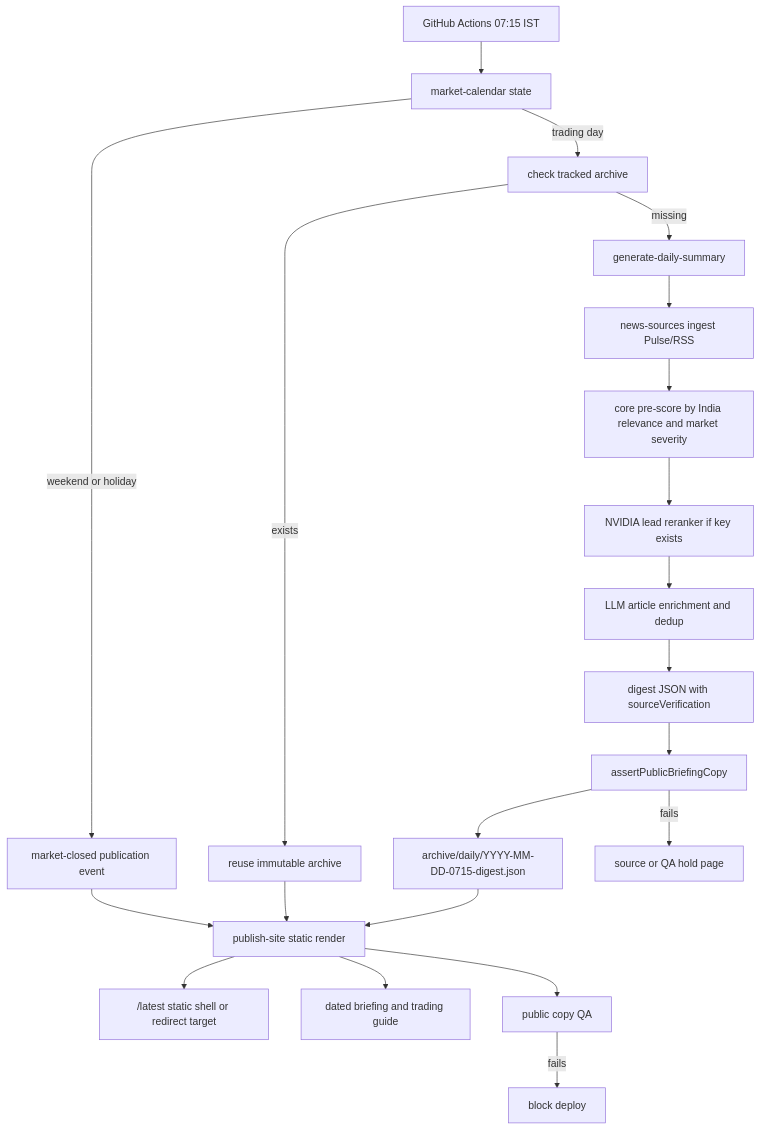
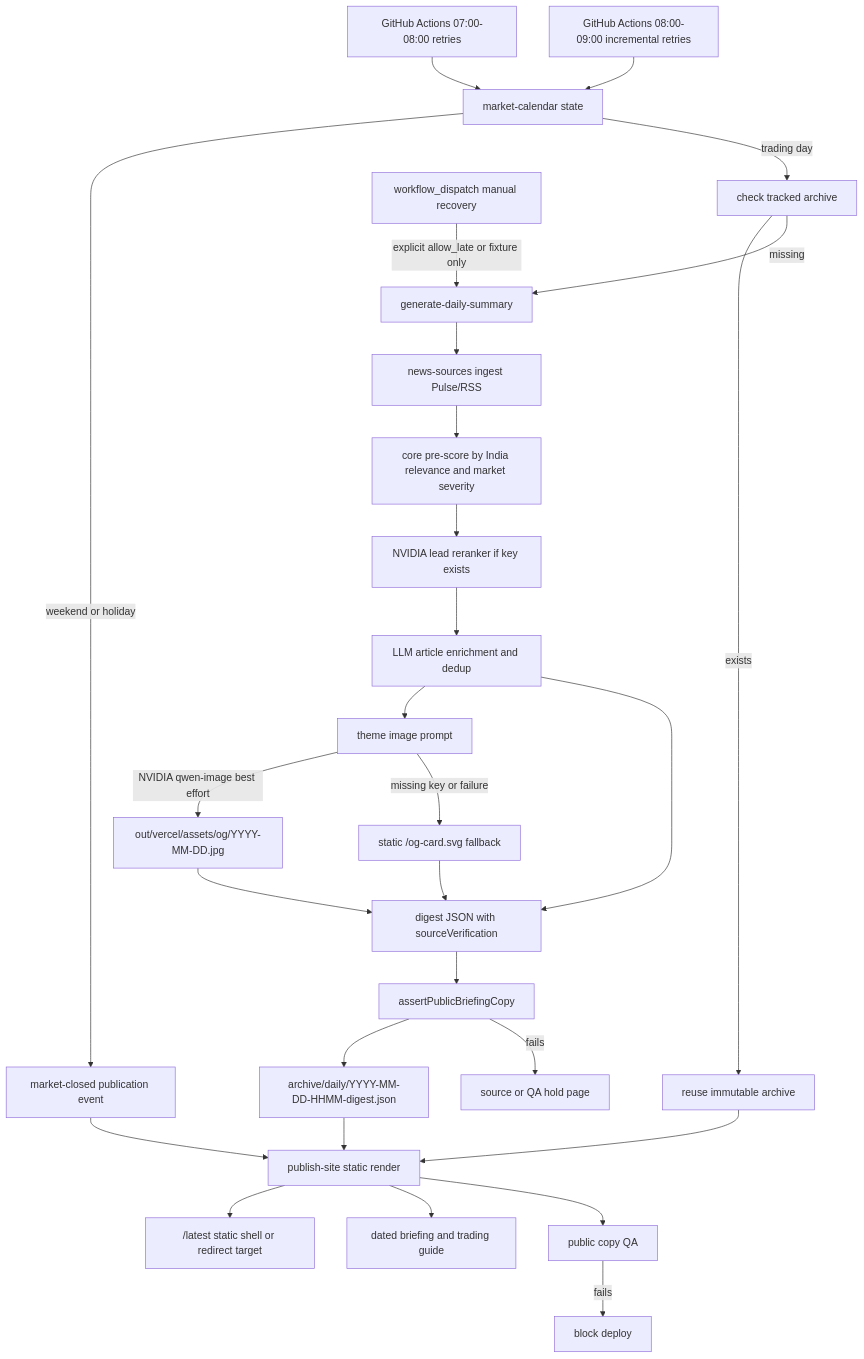
One commit to Abheydeep/marketNews changed the diagram in context/architecture-diagrams/02-morning-briefing-pipeline.mmd. Above: the diagram before and after it, drawn with Mermaid. The commit also changed 33 other files, not shown here.

```diff
--- a/context/architecture-diagrams/02-morning-briefing-pipeline.mmd
+++ b/context/architecture-diagrams/02-morning-briefing-pipeline.mmd
@@ -1,23 +1,30 @@
 flowchart TD
-  Cron["GitHub Actions 07:15 IST"] --> Calendar["market-calendar state"]
+  Cron["GitHub Actions 07:00-08:00 retries"] --> Calendar["market-calendar state"]
+  Incremental["GitHub Actions 08:00-09:00 incremental retries"] --> Calendar
   Calendar -->|weekend or holiday| Closed["market-closed publication event"]
   Calendar -->|trading day| Existing["check tracked archive"]
   Existing -->|exists| Reuse["reuse immutable archive"]
   Existing -->|missing| Generate["generate-daily-summary"]
 
   Generate --> Sources["news-sources ingest Pulse/RSS"]
   Sources --> Score["core pre-score by India relevance and market severity"]
   Score --> Rerank["NVIDIA lead reranker if key exists"]
   Rerank --> Enrich["LLM article enrichment and dedup"]
+  Enrich --> ImagePrompt["theme image prompt"]
+  ImagePrompt -->|NVIDIA qwen-image best effort| OgAsset["out/vercel/assets/og/YYYY-MM-DD.jpg"]
+  ImagePrompt -->|missing key or failure| StaticCard["static /og-card.svg fallback"]
   Enrich --> Digest["digest JSON with sourceVerification"]
+  OgAsset --> Digest
+  StaticCard --> Digest
   Digest --> Guard["assertPublicBriefingCopy"]
-  Guard --> Archive["archive/daily/YYYY-MM-DD-0715-digest.json"]
+  Guard --> Archive["archive/daily/YYYY-MM-DD-HHMM-digest.json"]
   Archive --> Publish["publish-site static render"]
   Closed --> Publish
   Reuse --> Publish
   Publish --> Latest["/latest static shell or redirect target"]
   Publish --> Public["dated briefing and trading guide"]
   Publish --> QA["public copy QA"]
 
   Guard -->|fails| Hold["source or QA hold page"]
   QA -->|fails| Block["block deploy"]
+  Manual["workflow_dispatch manual recovery"] -->|explicit allow_late or fixture only| Generate
```
